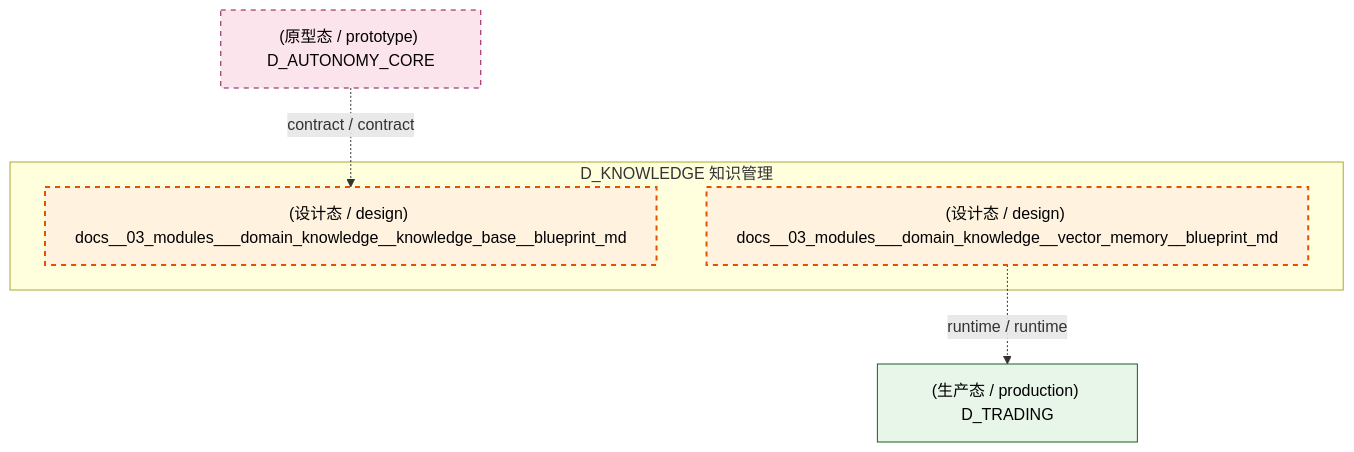
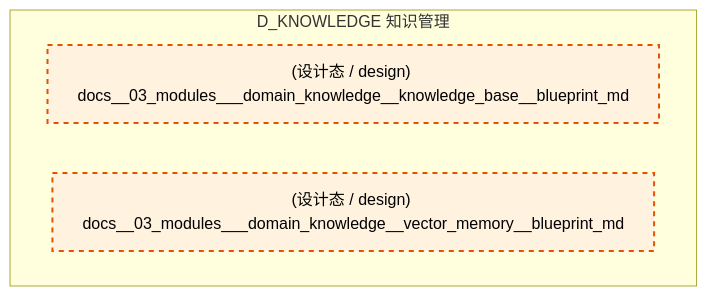
Before and after one commit to xuanFelixVan/ZephyrAlpha: the second of 3 diagrams in docs/02_enterprise_architecture/02_domain_architecture_docs/40_d_knowledge.md, drawn with Mermaid. The commit also changed other lines of this file and 100 other files, not shown here.

````diff
--- a/docs/02_enterprise_architecture/02_domain_architecture_docs/40_d_knowledge.md
+++ b/docs/02_enterprise_architecture/02_domain_architecture_docs/40_d_knowledge.md
@@ -113,18 +107,12 @@
 ```mermaid
 graph TD
     subgraph D_KNOWLEDGE["D_KNOWLEDGE 知识管理"]
         docs_03_modules_domain_knowledge_knowledge_base_blueprint_md["(设计态 / design) docs__03_modules___domain_knowledge__knowledge_base__blueprint_md"]
         docs_03_modules_domain_knowledge_vector_memory_blueprint_md["(设计态 / design) docs__03_modules___domain_knowledge__vector_memory__blueprint_md"]
     end
-    D_TRADING["(生产态 / production) D_TRADING"]
-    docs_03_modules_domain_knowledge_vector_memory_blueprint_md -.->|runtime / runtime| D_TRADING
-    D_AUTONOMY_CORE["(原型态 / prototype) D_AUTONOMY_CORE"]
-    D_AUTONOMY_CORE -.->|contract / contract| docs_03_modules_domain_knowledge_knowledge_base_blueprint_md
     classDef production fill:#e1f5fe,stroke:#01579b,stroke-width:2px,color:#000
     classDef design fill:#fff3e0,stroke:#e65100,stroke-width:2px,color:#000,stroke-dasharray: 5 5
     classDef external_prod fill:#e8f5e9,stroke:#1b5e20,stroke-width:1px,color:#000
     classDef external_design fill:#fce4ec,stroke:#880e4f,stroke-width:1px,color:#000,stroke-dasharray: 5 5
     class docs_03_modules_domain_knowledge_knowledge_base_blueprint_md,docs_03_modules_domain_knowledge_vector_memory_blueprint_md design
-    class D_TRADING external_prod
-    class D_AUTONOMY_CORE external_design
 ```
````
